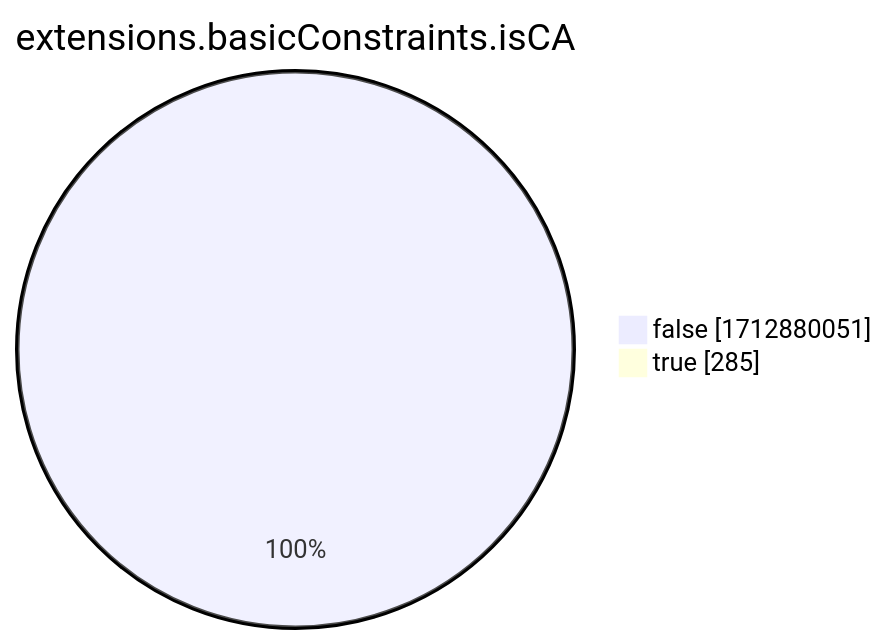
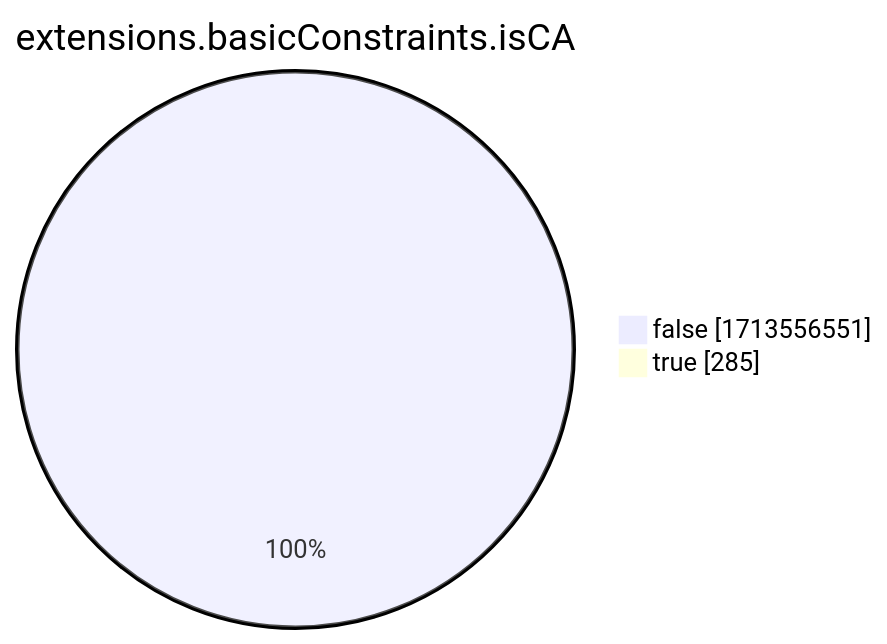
One commit to christiankrug/ctmonitor_visualization changed the eighth of 15 diagrams in xenon2022/README.md. Above: the diagram before and after it, drawn with Mermaid. The commit also changed other lines of this file, not shown here.

````diff
--- a/xenon2022/README.md
+++ b/xenon2022/README.md
@@ -2866,6 +2866,6 @@
 ```mermaid
 pie showData
 title extensions.basicConstraints.isCA
-"false" :1712880051
+"false" :1713556551
 "true" :285
 ```
````
